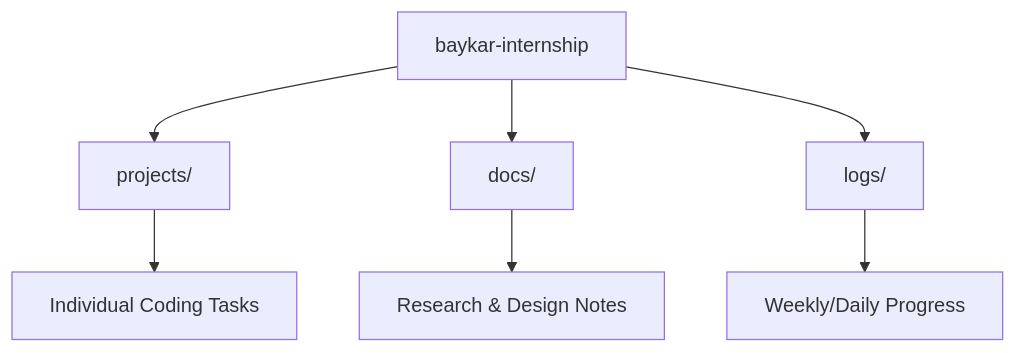
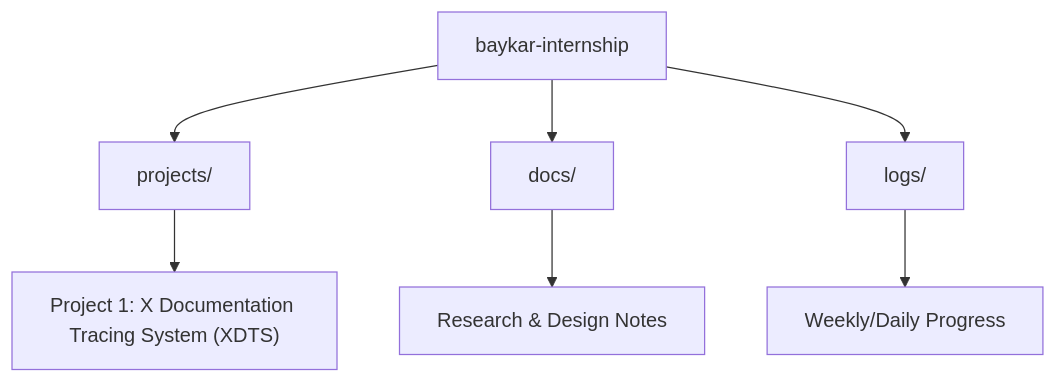
Before and after one commit to omer-hash78/internship: the diagram in README.md, drawn with Mermaid. The commit also changed other lines of this file and 15 other files, not shown here.

````diff
--- a/README.md
+++ b/README.md
@@ -18,10 +18,10 @@
 ```mermaid
 flowchart TD
     Root["baykar-internship"] --> Projects["projects/"]
     Root --> Docs["docs/"]
     Root --> Logs["logs/"]
     
-    Projects --> P1["Individual Coding Tasks"]
+    Projects --> P1["Project 1: X Documentation Tracing System (XDTS)"]
     Docs --> D1["Research & Design Notes"]
     Logs --> L1["Weekly/Daily Progress"]
 ```
````
